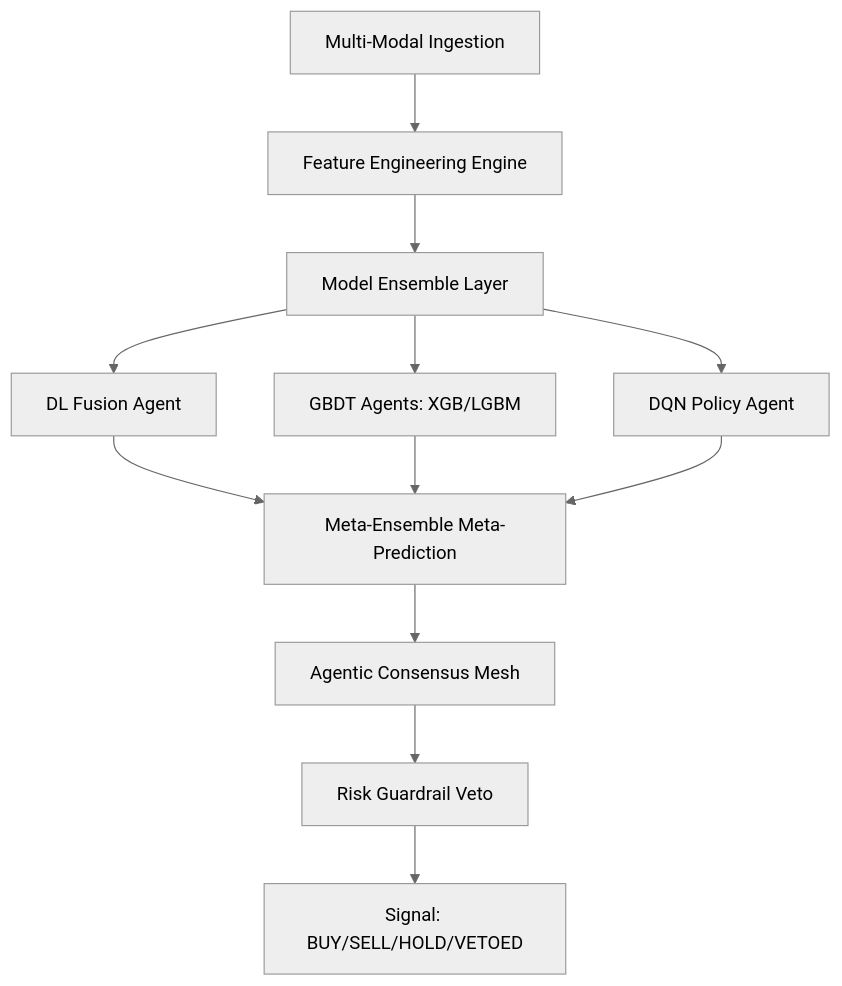
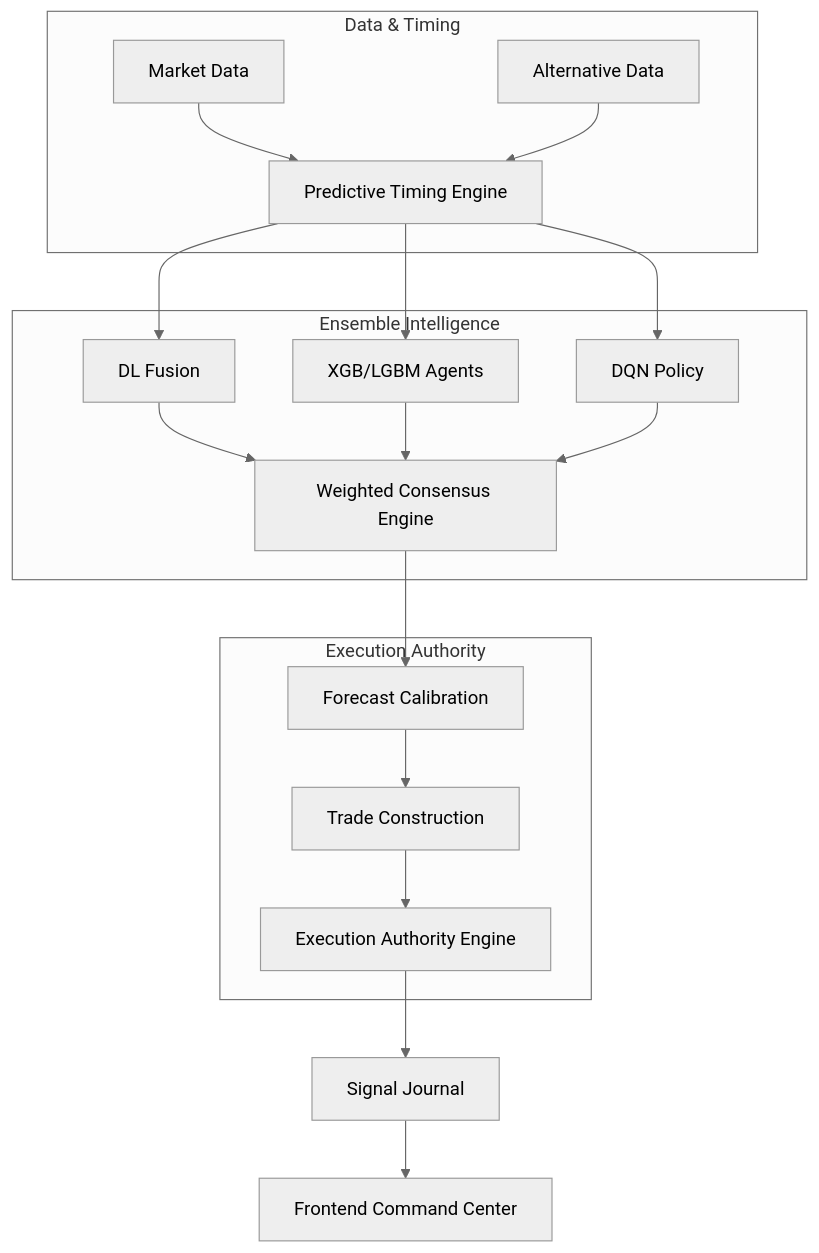
Before and after one commit to dhruvin0041/quantitative-trading-platform: the diagram in docs/SYSTEM_ARCHITECTURE.md, drawn with Mermaid (neutral theme). The commit also changed other lines of this file and 17 other files, not shown here.

Commit message:
fix(system): final institutional architecture reconciliation, decision authority layering, and statistical hardening

````diff
--- a/docs/SYSTEM_ARCHITECTURE.md
+++ b/docs/SYSTEM_ARCHITECTURE.md
@@ -27,12 +27,30 @@
 ```mermaid
 graph TD
-    A[Multi-Modal Ingestion] --> B[Feature Engineering Engine]
-    B --> C[Model Ensemble Layer]
-    C --> D[DL Fusion Agent]
-    C --> E[GBDT Agents: XGB/LGBM]
-    C --> F[DQN Policy Agent]
-    D & E & F --> G[Meta-Ensemble Meta-Prediction]
-    G --> H[Agentic Consensus Mesh]
-    H --> I[Risk Guardrail Veto]
-    I --> J[Signal: BUY/SELL/HOLD/VETOED]
+    subgraph "Data & Timing"
+        MD[Market Data]
+        PTE[Predictive Timing Engine]
+        AD[Alternative Data]
+    end
+
+    subgraph "Ensemble Intelligence"
+        DL[DL Fusion]
+        GBDT[XGB/LGBM Agents]
+        RL[DQN Policy]
+        WCE[Weighted Consensus Engine]
+    end
+
+    subgraph "Execution Authority"
+        FCE[Forecast Calibration]
+        TCE[Trade Construction]
+        EAE[Execution Authority Engine]
+    end
+
+    MD & AD --> PTE
+    PTE --> DL & GBDT & RL
+    DL & GBDT & RL --> WCE
+    WCE --> FCE
+    FCE --> TCE
+    TCE --> EAE
+    EAE --> SJ[Signal Journal]
+    SJ --> FD[Frontend Command Center]
 ```
````
